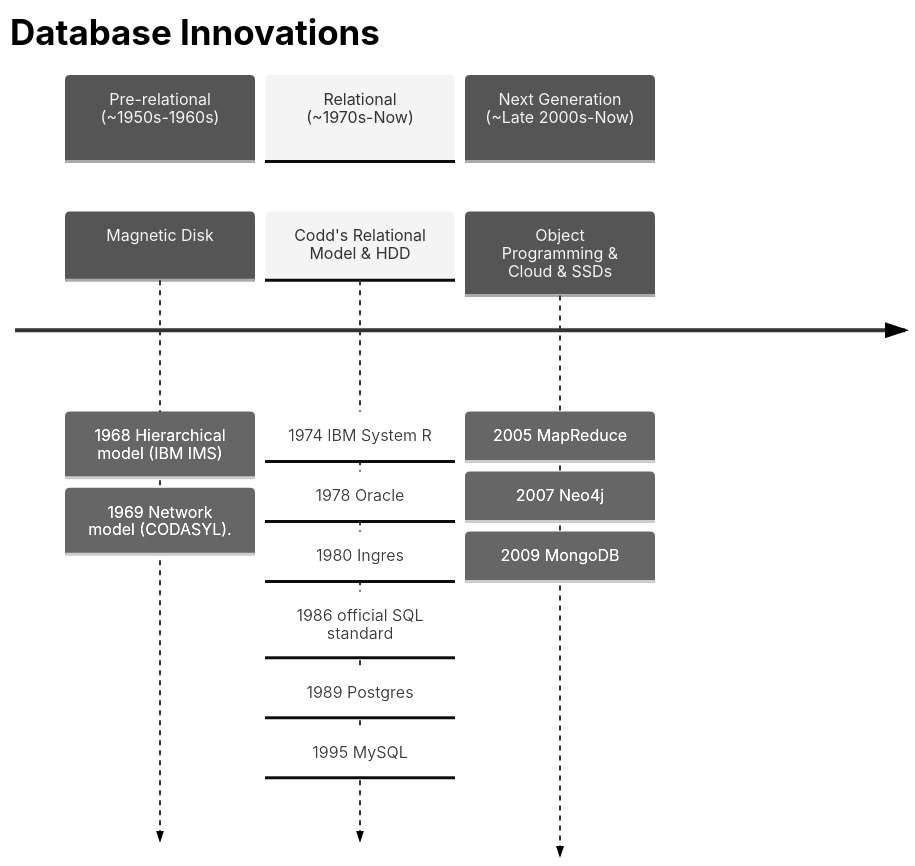
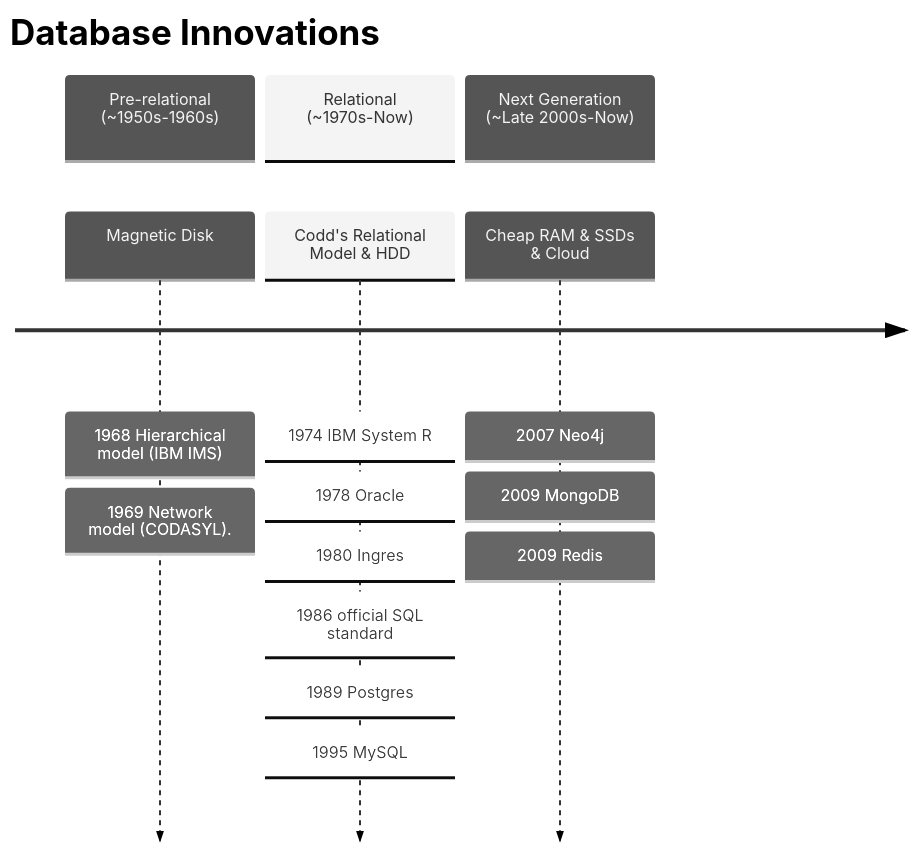
Before and after one commit to St-Jude-MS-ABDS/workshop-NoSQL: the sixth of 9 diagrams in 0-mock-session/README.md, drawn with Mermaid (neutral theme). The commit also changed other lines of this file and 2 other files, not shown here.

````diff
--- a/0-mock-session/README.md
+++ b/0-mock-session/README.md
@@ -133,20 +192,22 @@
 ```mermaid
 timeline
     title Database Innovations
     section Pre-relational (~1950s-1960s)
         Magnetic Disk : 1968 Hierarchical model (IBM IMS)
                : 1969 Network model (CODASYL).
 
     section Relational (~1970s-Now)
         Codd's Relational Model & HDD : 1974 IBM System R 
         : 1978 Oracle
         : 1980 Ingres
         : 1986 official SQL standard
         : 1989 Postgres
         : 1995 MySQL
 
     section Next Generation (~Late 2000s-Now)
-        Object Programming & Cloud & SSDs : 2005 MapReduce
+        Cheap RAM & SSDs & Cloud
         : 2007 Neo4j
         : 2009 MongoDB
+        : 2009 Redis
+
 ```
````
